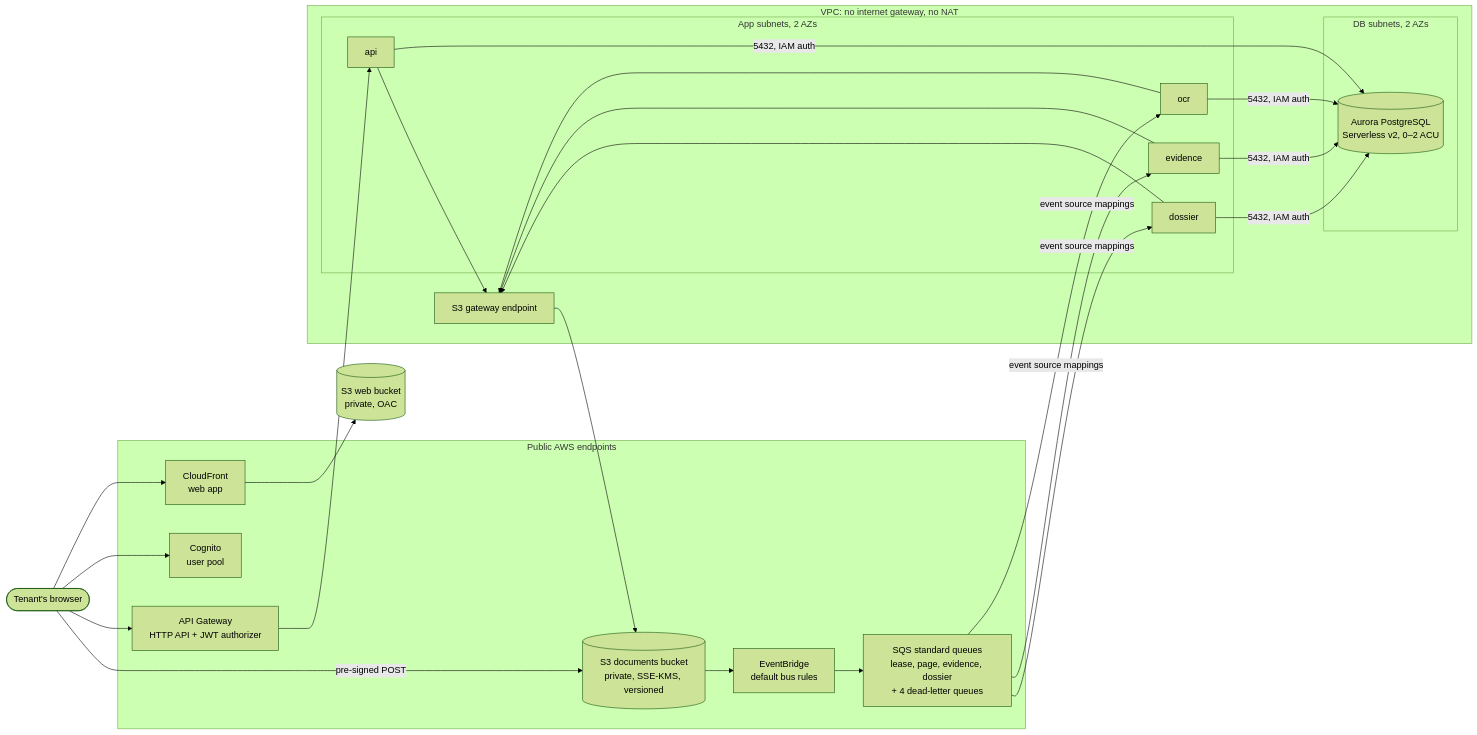
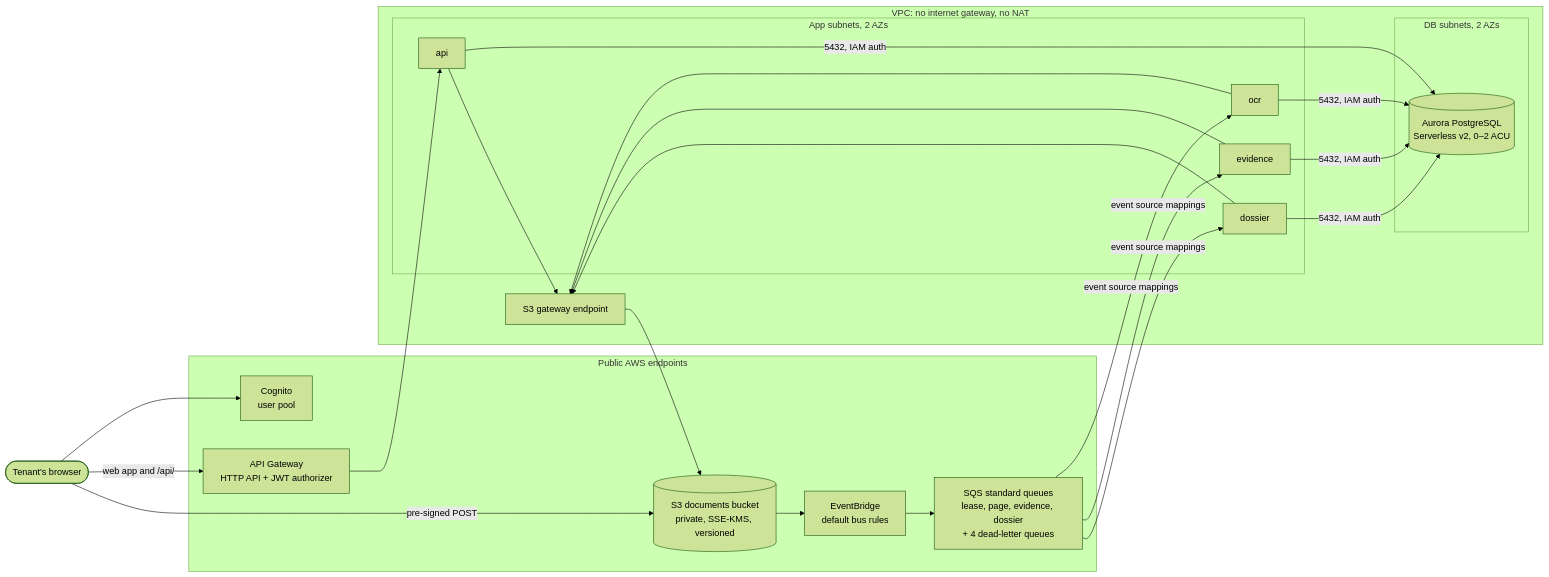
The diagram in docs/design/infrastructure.md (Katlego-tech/Tokelo), drawn with Mermaid (forest theme) before and after one commit. The commit also changed other lines of this file and 17 other files, not shown here.

Commit message:
docs(design): T009 T010 the navigator and the web app, with screen references; propose ADR-0010

````diff
--- a/docs/design/infrastructure.md
+++ b/docs/design/infrastructure.md
@@ -41,33 +41,30 @@
 ```mermaid
 flowchart LR
     tenant([Tenant's browser])
     subgraph edge[Public AWS endpoints]
-        cf[CloudFront<br/>web app]
         gw[API Gateway<br/>HTTP API + JWT authorizer]
         cog[Cognito<br/>user pool]
         s3[(S3 documents bucket<br/>private, SSE-KMS, versioned)]
         eb[EventBridge<br/>default bus rules]
         q[SQS standard queues<br/>lease, page, evidence, dossier<br/>+ 4 dead-letter queues]
     end
     subgraph vpc[VPC: no internet gateway, no NAT]
         subgraph app[App subnets, 2 AZs]
             api[api]
             ocr[ocr]
             ev[evidence]
             dos[dossier]
         end
         subgraph dbs[DB subnets, 2 AZs]
             db[(Aurora PostgreSQL<br/>Serverless v2, 0–2 ACU)]
         end
         gwe[S3 gateway endpoint]
     end
-    webb[(S3 web bucket<br/>private, OAC)]
-    tenant --> cf --> webb
     tenant --> cog
-    tenant --> gw --> api
+    tenant -- web app and /api/ --> gw --> api
     tenant -- pre-signed POST --> s3
     s3 --> eb --> q
     q -- event source mappings --> ocr & ev & dos
     api & ocr & ev & dos -- 5432, IAM auth --> db
     api & ocr & ev & dos --> gwe --> s3
 ```
````
